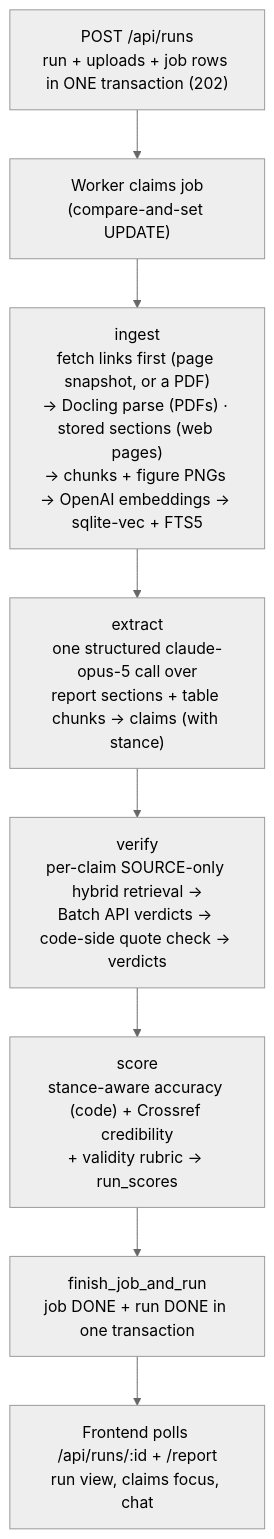
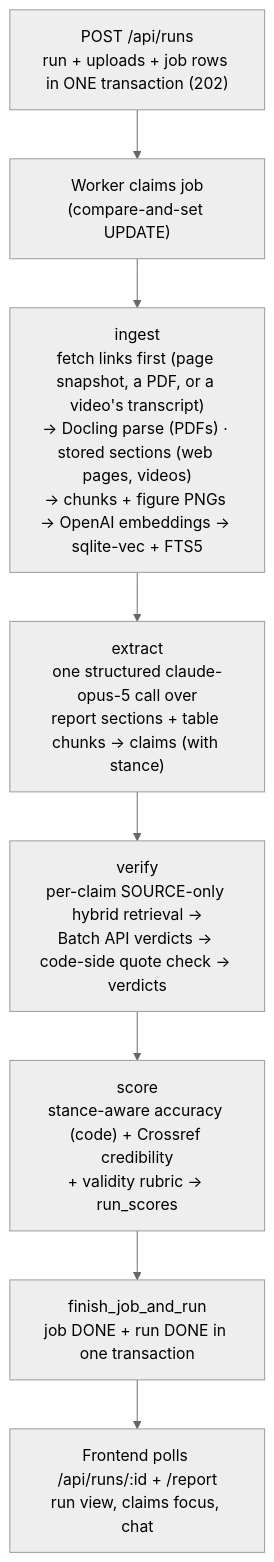
The diagram in docs/architecture.md (vfeliu04/author-accuracy-ai), drawn with Mermaid (neutral theme) before and after one commit. The commit also changed other lines of this file and 5 other files, not shown here.

````diff
--- a/docs/architecture.md
+++ b/docs/architecture.md
@@ -16,10 +16,10 @@
 ```mermaid
 flowchart TD
     A["POST /api/runs<br/>run + uploads + job rows in ONE transaction (202)"] --> B["Worker claims job<br/>(compare-and-set UPDATE)"]
-    B --> C["ingest<br/>fetch links first (page snapshot, or a PDF)<br/>→ Docling parse (PDFs) · stored sections (web pages)<br/>→ chunks + figure PNGs → OpenAI embeddings → sqlite-vec + FTS5"]
+    B --> C["ingest<br/>fetch links first (page snapshot, a PDF, or a video's transcript)<br/>→ Docling parse (PDFs) · stored sections (web pages, videos)<br/>→ chunks + figure PNGs → OpenAI embeddings → sqlite-vec + FTS5"]
     C --> D["extract<br/>one structured claude-opus-5 call over<br/>report sections + table chunks → claims (with stance)"]
     D --> E["verify<br/>per-claim SOURCE-only hybrid retrieval →<br/>Batch API verdicts → code-side quote check → verdicts"]
     E --> F["score<br/>stance-aware accuracy (code) + Crossref credibility<br/>+ validity rubric → run_scores"]
     F --> G["finish_job_and_run<br/>job DONE + run DONE in one transaction"]
     G --> H["Frontend polls /api/runs/:id + /report<br/>run view, claims focus, chat"]
 ```
````
